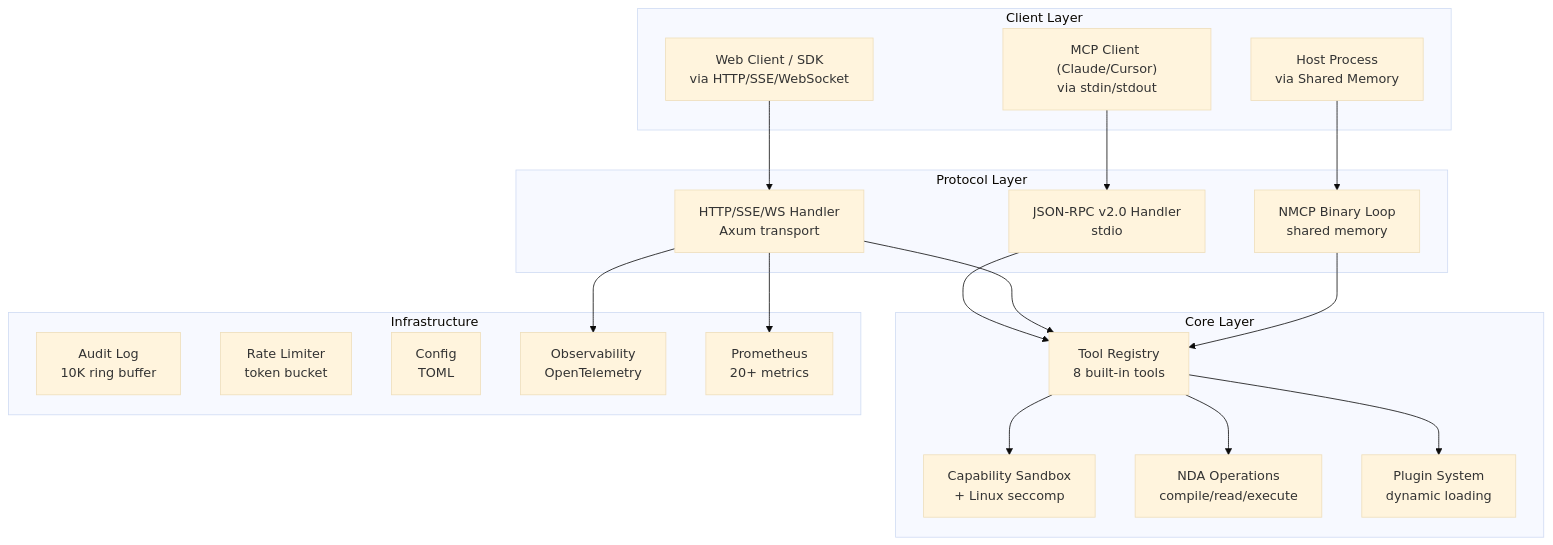
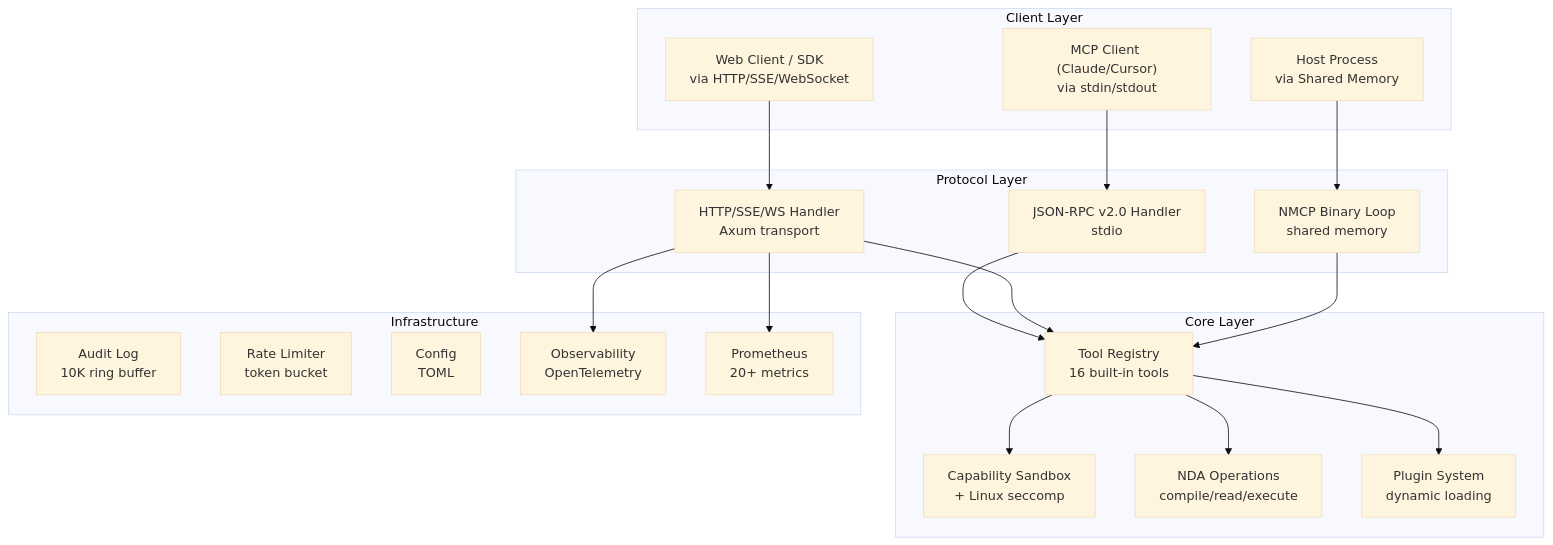
Before and after one commit to UnitBuilds-CC/V.E.L.O.C.I.T.Y.-MCP: the second of 2 diagrams in .qoder/repowiki/en/content/Getting Started.md, drawn with Mermaid (base theme). The commit also changed other lines of this file and 21 other files, not shown here.

````diff
--- a/.qoder/repowiki/en/content/Getting Started.md
+++ b/.qoder/repowiki/en/content/Getting Started.md
@@ -137,37 +137,37 @@
 ```mermaid
 graph TB
     subgraph "Client Layer"
         CLIENT_STDIO["MCP Client (Claude/Cursor)<br/>via stdin/stdout"]
         CLIENT_HTTP["Web Client / SDK<br/>via HTTP/SSE/WebSocket"]
         CLIENT_SHMEM["Host Process<br/>via Shared Memory"]
     end
     subgraph "Protocol Layer"
         JSONRPC["JSON-RPC v2.0 Handler<br/>stdio"]
         HTTP["HTTP/SSE/WS Handler<br/>Axum transport"]
         NMCPBIN["NMCP Binary Loop<br/>shared memory"]
     end
     subgraph "Core Layer"
-        REG["Tool Registry<br/>8 built-in tools"]
+        REG["Tool Registry<br/>16 built-in tools"]
         SANDBOX["Capability Sandbox<br/>+ Linux seccomp"]
         NDA["NDA Operations<br/>compile/read/execute"]
         PLUGINS["Plugin System<br/>dynamic loading"]
     end
     subgraph "Infrastructure"
         AUDIT["Audit Log<br/>10K ring buffer"]
         RATE["Rate Limiter<br/>token bucket"]
         CONFIG["Config<br/>TOML"]
         OBS["Observability<br/>OpenTelemetry"]
         METRICS["Prometheus<br/>20+ metrics"]
     end
     CLIENT_STDIO --> JSONRPC
     CLIENT_HTTP --> HTTP
     CLIENT_SHMEM --> NMCPBIN
     JSONRPC --> REG
     HTTP --> REG
     NMCPBIN --> REG
     REG --> SANDBOX
     REG --> NDA
     REG --> PLUGINS
     HTTP --> METRICS
     HTTP --> OBS
 ```
````
